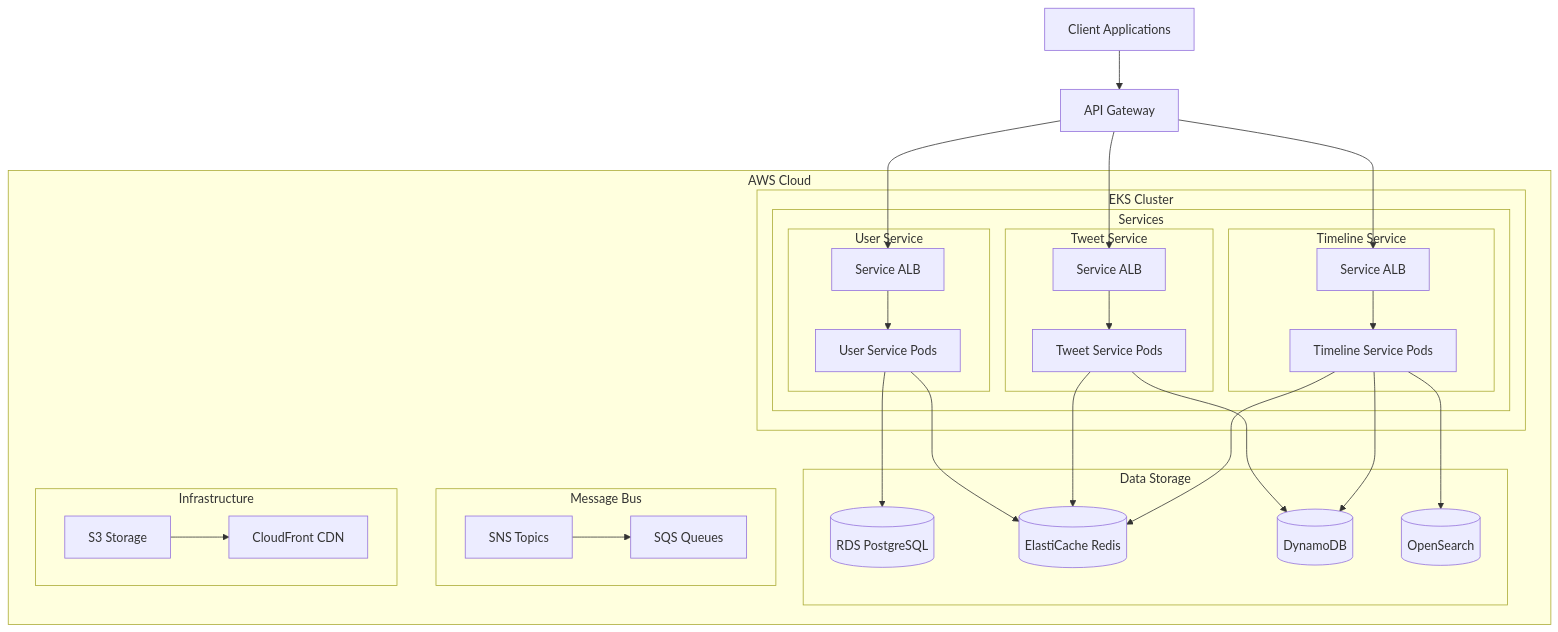
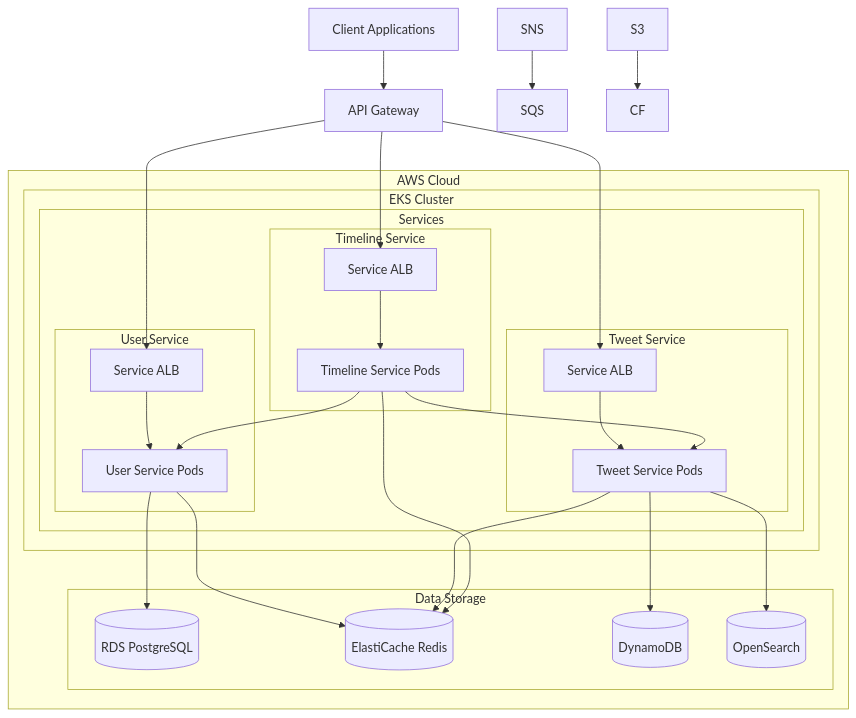
The first of 5 diagrams in architecture.md (lisandropascuali/twitter-app), drawn with Mermaid before and after one commit. The commit also changed other lines of this file and 1 other file, not shown here.

Commit message:
chore: update architecture

````diff
--- a/architecture.md
+++ b/architecture.md
@@ -5,64 +5,56 @@
 ```mermaid
 graph TB
     Client[Client Applications]
     AG[API Gateway]
     
     subgraph AWS Cloud
         subgraph EKS Cluster
             subgraph Services
                 subgraph User Service
                     USALB[Service ALB]
                     US[User Service Pods]
                 end
                 
                 subgraph Tweet Service
                     TSALB[Service ALB]
                     TS[Tweet Service Pods]
                 end
                 
                 subgraph Timeline Service
                     TLSALB[Service ALB]
                     TLS[Timeline Service Pods]
                 end
             end
         end
         
         subgraph Data Storage
             RDS[(RDS PostgreSQL)]
             REDIS[(ElastiCache Redis)]
             DDB[(DynamoDB)]
             OS[(OpenSearch)]
         end
         
-        subgraph Message Bus
-            SNS[SNS Topics]
-            SQS[SQS Queues]
-        end
-        
-        subgraph Infrastructure
-            S3[S3 Storage]
-            CF[CloudFront CDN]
-        end
     end
     
     Client --> AG
     AG --> USALB & TSALB & TLSALB
     
     USALB --> US
     TSALB --> TS
     TLSALB --> TLS
     
     US --> RDS
     US --> REDIS
     
     TS --> DDB
     TS --> REDIS
+    TS --> OS
     
-    TLS --> OS
+    TLS --> US
+    TLS --> TS
     TLS --> REDIS
-    TLS --> DDB
     
     SNS --> SQS
     
     S3 --> CF
 ```
````
